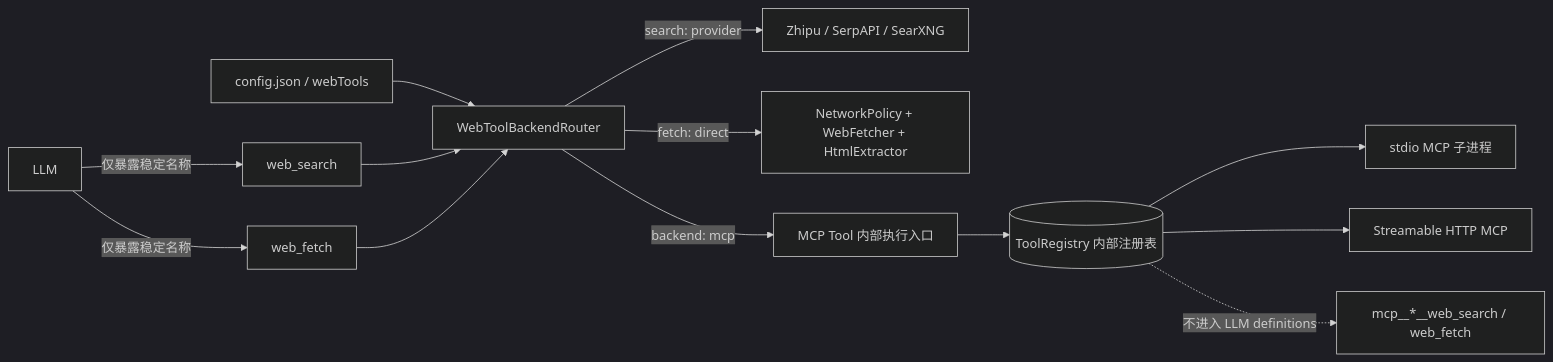
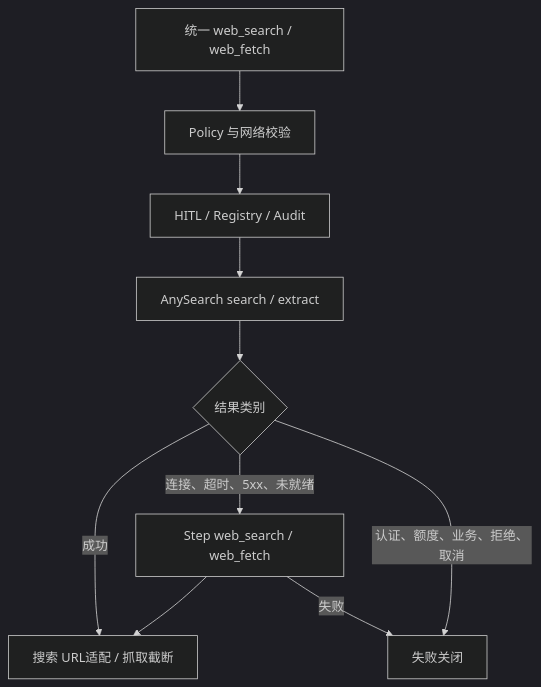
One commit to zgjdev/Code-Agent changed the diagram in docs/dev/27-unified-web-tool-routing.md. Above: the diagram before and after it, drawn with Mermaid (dark theme). The commit also changed other lines of this file and 4 other files, not shown here.

Commit message:
docs(web): document dual MCP routing and validation limits

````diff
--- a/docs/dev/27-unified-web-tool-routing.md
+++ b/docs/dev/27-unified-web-tool-routing.md
@@ -123,15 +25,12 @@
 ```mermaid
-flowchart LR
-    LLM[LLM] -->|仅暴露稳定名称| SEARCH[web_search]
-    LLM -->|仅暴露稳定名称| FETCH[web_fetch]
-    CFG[config.json / webTools] --> ROUTER[WebToolBackendRouter]
-    SEARCH --> ROUTER
-    FETCH --> ROUTER
-    ROUTER -->|search: provider| PROVIDER[Zhipu / SerpAPI / SearXNG]
-    ROUTER -->|fetch: direct| DIRECT[NetworkPolicy + WebFetcher + HtmlExtractor]
-    ROUTER -->|backend: mcp| INTERNAL[MCP Tool 内部执行入口]
-    INTERNAL --> REGISTRY[(ToolRegistry 内部注册表)]
-    REGISTRY --> STDIO[stdio MCP 子进程]
-    REGISTRY --> HTTP[Streamable HTTP MCP]
-    REGISTRY -.不进入 LLM definitions.-> HIDDEN[mcp__*__web_search / web_fetch]
+flowchart TD
+    A[统一 web_search / web_fetch] --> P[Policy 与网络校验]
+    P --> H[HITL / Registry / Audit]
+    H --> Y[AnySearch search / extract]
+    Y --> R{结果类别}
+    R -->|成功| O[搜索 URL适配 / 抓取截断]
+    R -->|连接、超时、5xx、未就绪| S[Step web_search / web_fetch]
+    R -->|认证、额度、业务、拒绝、取消| F[失败关闭]
+    S --> O
+    S -->|失败| F
 ```
````
